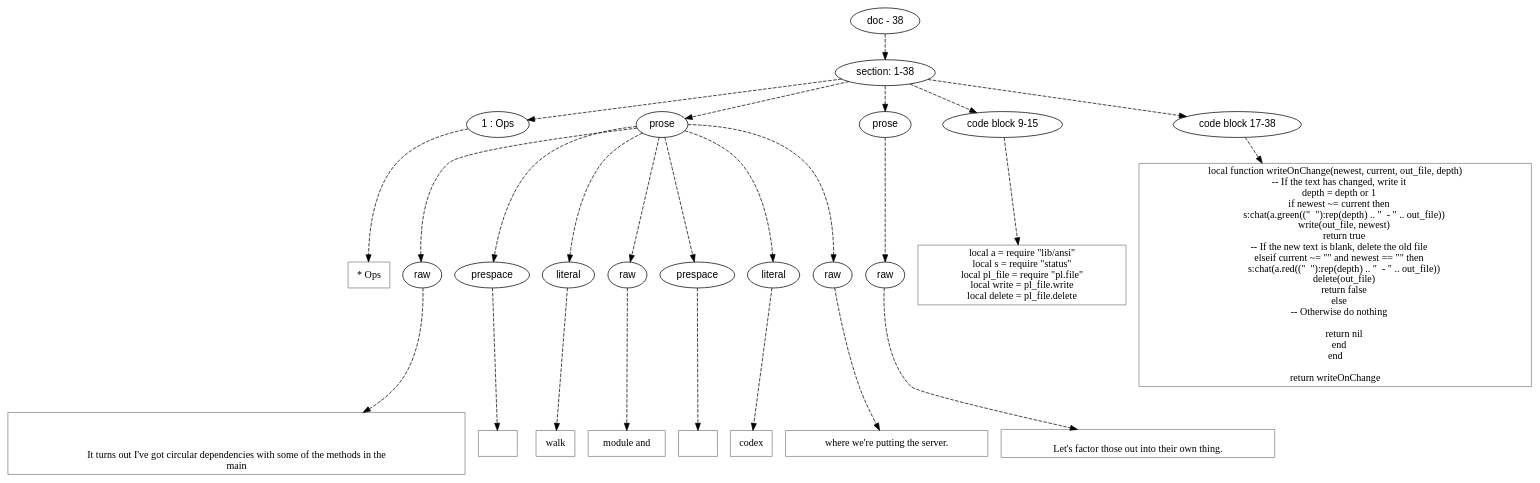
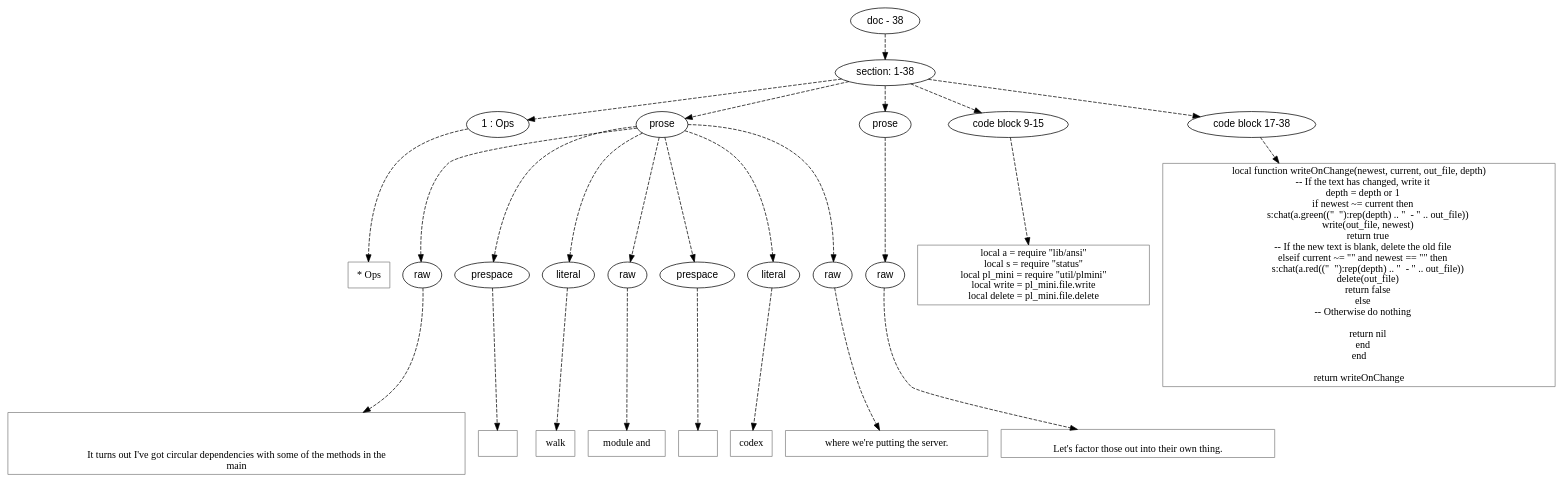
The diagram in doc/dot/walk/ops.dot (mnemnion/orb), drawn with Graphviz before and after one commit. The commit also changed 49 other files, not shown here.

```diff
--- a/doc/dot/walk/ops.dot
+++ b/doc/dot/walk/ops.dot
@@ -1,136 +1,136 @@
 digraph lpegNode {
 
 node [fontname=Helvetica]
 edge [style=dashed]
 
 doc_0 [label="doc - 38"]
 
 
 doc_0 -> { section_1}
 {rank=same; section_1}
 
 section_1 [label="section: 1-38"]
 
 
 // END RANK doc_0
 
 section_1 -> { header_2 prose_3 prose_4 codeblock_5 codeblock_6}
 {rank=same; header_2 prose_3 prose_4 codeblock_5 codeblock_6}
 
 header_2 [label="1 : Ops"]
 
 prose_3 [label="prose"]
 
 prose_4 [label="prose"]
 
 codeblock_5 [label="code block 9-15"]
 
 codeblock_6 [label="code block 17-38"]
 
 
 // END RANK section_1
 
 header_2 -> leaf_7
 leaf_7  [color=Gray,shape=rectangle,fontname=Inconsolata,label="* Ops"]
 // END RANK header_2
 
 prose_3 -> { raw_8 prespace_9 literal_10 raw_11 prespace_12 literal_13 raw_14}
 {rank=same; raw_8 prespace_9 literal_10 raw_11 prespace_12 literal_13 raw_14}
 
 raw_8 [label="raw"]
 
 prespace_9 [label="prespace"]
 
 literal_10 [label="literal"]
 
 raw_11 [label="raw"]
 
 prespace_12 [label="prespace"]
 
 literal_13 [label="literal"]
 
 raw_14 [label="raw"]
 
 
 // END RANK prose_3
 
 raw_8 -> leaf_15
 leaf_15  [color=Gray,shape=rectangle,fontname=Inconsolata,label="
 
 
 It turns out I've got circular dependencies with some of the methods in the
 main"]
 // END RANK raw_8
 
 prespace_9 -> leaf_16
 leaf_16  [color=Gray,shape=rectangle,fontname=Inconsolata,label=" "]
 // END RANK prespace_9
 
 literal_10 -> leaf_17
 leaf_17  [color=Gray,shape=rectangle,fontname=Inconsolata,label="walk"]
 // END RANK literal_10
 
 raw_11 -> leaf_18
 leaf_18  [color=Gray,shape=rectangle,fontname=Inconsolata,label=" module and"]
 // END RANK raw_11
 
 prespace_12 -> leaf_19
 leaf_19  [color=Gray,shape=rectangle,fontname=Inconsolata,label=" "]
 // END RANK prespace_12
 
 literal_13 -> leaf_20
 leaf_20  [color=Gray,shape=rectangle,fontname=Inconsolata,label="codex"]
 // END RANK literal_13
 
 raw_14 -> leaf_21
 leaf_21  [color=Gray,shape=rectangle,fontname=Inconsolata,label=" where we're putting the server.
 "]
 // END RANK raw_14
 
 prose_4 -> { raw_22}
 {rank=same; raw_22}
 
 raw_22 [label="raw"]
 
 
 // END RANK prose_4
 
 raw_22 -> leaf_23
 leaf_23  [color=Gray,shape=rectangle,fontname=Inconsolata,label="
 Let's factor those out into their own thing.
 "]
 // END RANK raw_22
 
 codeblock_5 -> leaf_24
 leaf_24  [color=Gray,shape=rectangle,fontname=Inconsolata,label="local a = require \"lib/ansi\"
 local s = require \"status\"
-local pl_file = require \"pl.file\"
-local write = pl_file.write
-local delete = pl_file.delete"]
+local pl_mini = require \"util/plmini\"
+local write = pl_mini.file.write
+local delete = pl_mini.file.delete"]
 // END RANK codeblock_5
 
 codeblock_6 -> leaf_25
 leaf_25  [color=Gray,shape=rectangle,fontname=Inconsolata,label="local function writeOnChange(newest, current, out_file, depth)
     -- If the text has changed, write it
     depth = depth or 1
     if newest ~= current then
         s:chat(a.green((\"  \"):rep(depth) .. \"  - \" .. out_file))
         write(out_file, newest)
         return true
     -- If the new text is blank, delete the old file
     elseif current ~= \"\" and newest == \"\" then
         s:chat(a.red((\"  \"):rep(depth) .. \"  - \" .. out_file))
         delete(out_file)
         return false
     else
     -- Otherwise do nothing
 
         return nil
     end
 end
 
 return writeOnChange"]
 // END RANK codeblock_6
 
 
 }
```
